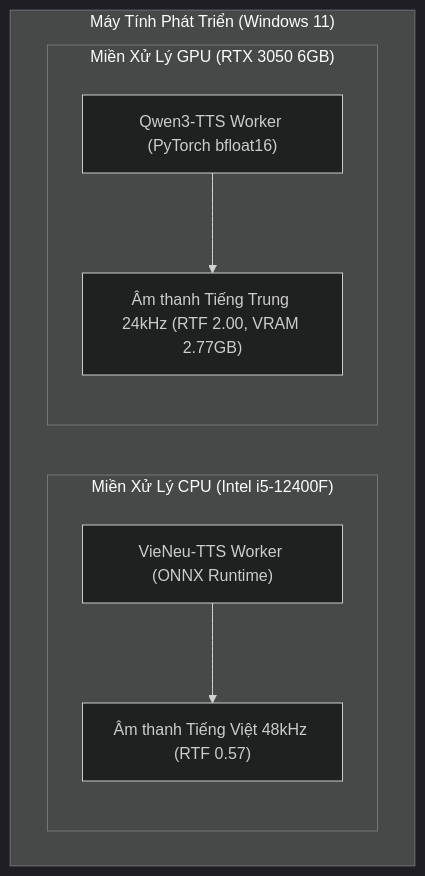
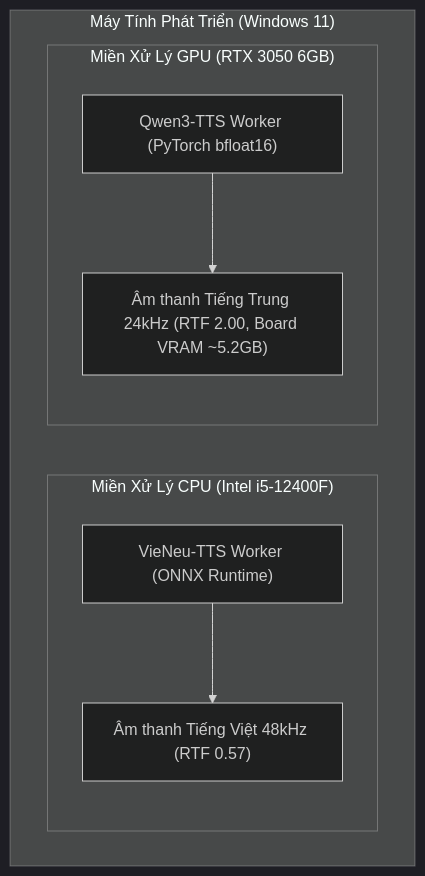
The diagram in docs/reports/benchmarks/PHASE_1B_COMPARISON.md (piuplatform-hub/Piu-TTS-Local), drawn with Mermaid (dark theme) before and after one commit. The commit also changed other lines of this file and 37 other files, not shown here.

````diff
--- a/docs/reports/benchmarks/PHASE_1B_COMPARISON.md
+++ b/docs/reports/benchmarks/PHASE_1B_COMPARISON.md
@@ -55,16 +58,16 @@
 ```mermaid
 graph TD
     subgraph Host["Máy Tính Phát Triển (Windows 11)"]
         subgraph CPU_Domain["Miền Xử Lý CPU (Intel i5-12400F)"]
             V["VieNeu-TTS Worker (ONNX Runtime)"]
             V_Audio["Âm thanh Tiếng Việt 48kHz (RTF 0.57)"]
             V --> V_Audio
         end
         
         subgraph GPU_Domain["Miền Xử Lý GPU (RTX 3050 6GB)"]
             Q["Qwen3-TTS Worker (PyTorch bfloat16)"]
-            Q_Audio["Âm thanh Tiếng Trung 24kHz (RTF 2.00, VRAM 2.77GB)"]
+            Q_Audio["Âm thanh Tiếng Trung 24kHz (RTF 2.00, Board VRAM ~5.2GB)"]
             Q --> Q_Audio
         end
     end
 ```
````
